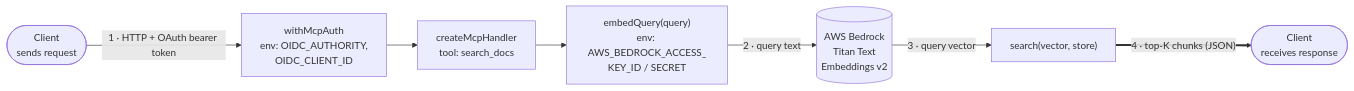
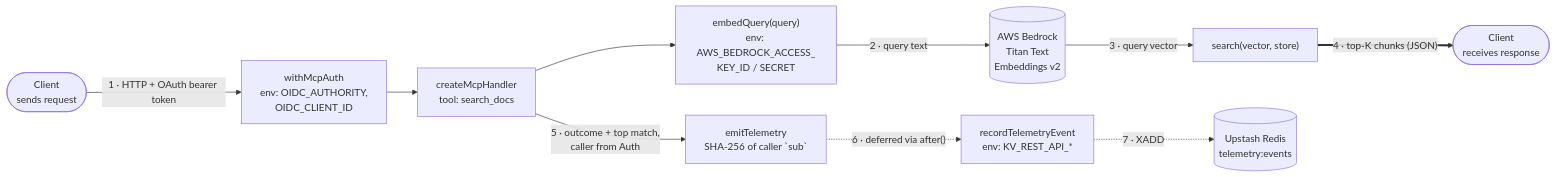
Before and after one commit to marigold-ui/marigold: the first of 2 diagrams in docs/app/mcp/README.md, drawn with Mermaid. The commit also changed other lines of this file and 13 other files, not shown here.

````diff
--- a/docs/app/mcp/README.md
+++ b/docs/app/mcp/README.md
@@ -9,16 +9,22 @@
 ```mermaid
 flowchart LR
     ClientOut(["Client<br/>sends request"])
     Auth["withMcpAuth<br/>env: OIDC_AUTHORITY,<br/>OIDC_CLIENT_ID"]
     Handler["createMcpHandler<br/>tool: search_docs"]
     Embed["embedQuery(query)<br/>env: AWS_BEDROCK_ACCESS_<br/>KEY_ID / SECRET"]
     Bedrock[("AWS Bedrock<br/>Titan Text<br/>Embeddings v2")]
     Search["search(vector, store)"]
     ClientIn(["Client<br/>receives response"])
+    Emit["emitTelemetry<br/>SHA-256 of caller `sub`"]
+    Record["recordTelemetryEvent<br/>env: KV_REST_API_*"]
+    Redis[("Upstash Redis<br/>telemetry:events")]
 
     ClientOut -- "1 · HTTP + OAuth bearer token" --> Auth
     Auth --> Handler --> Embed
     Embed -- "2 · query text" --> Bedrock
     Bedrock -- "3 · query vector" --> Search
     Search == "4 · top-K chunks (JSON)" ==> ClientIn
+    Handler -- "5 · outcome + top match,<br/>caller from Auth" --> Emit
+    Emit -. "6 · deferred via after()" .-> Record
+    Record -. "7 · XADD" .-> Redis
 ```
````
